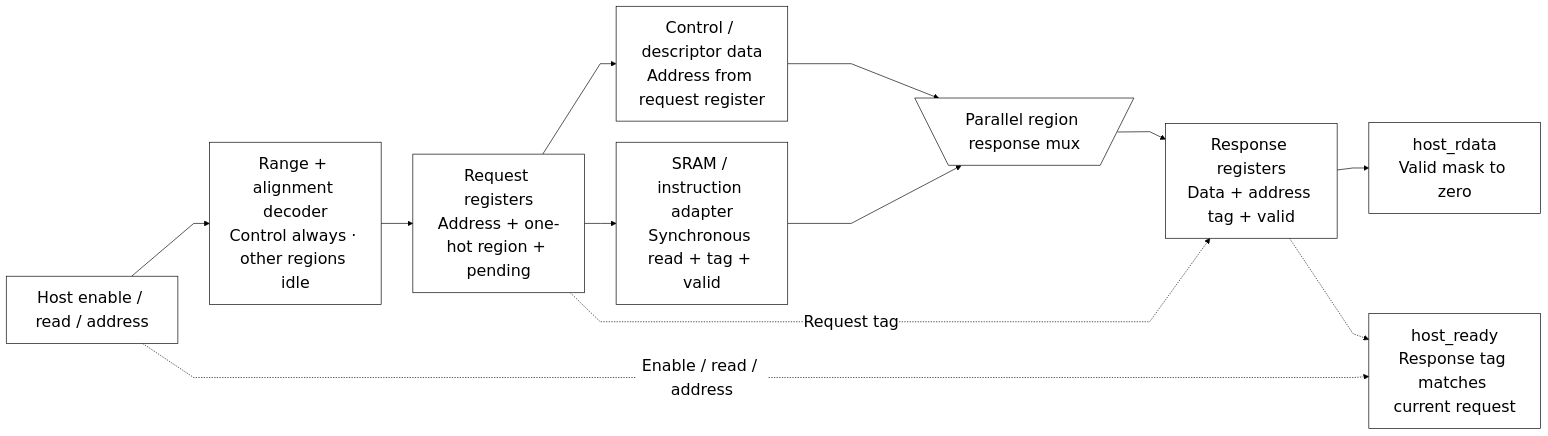
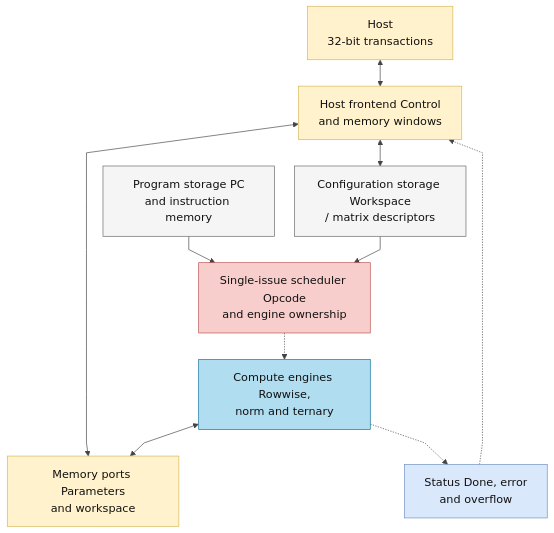
The first of 3 diagrams in docs/source_guide/blocks/matmulfree.sv.md (nguyennhutkhanhtom/NPU), drawn with Mermaid before and after one commit. The commit also changed other lines of this file and 60 other files, not shown here.

````diff
--- a/docs/source_guide/blocks/matmulfree.sv.md
+++ b/docs/source_guide/blocks/matmulfree.sv.md
@@ -111,26 +20,44 @@
 ```mermaid
-%%{init: {"theme":"base","fontFamily":"Arial, sans-serif","themeVariables":{"fontSize":"24px","primaryColor":"#ffffff","primaryTextColor":"#000000","primaryBorderColor":"#000000","secondaryColor":"#ffffff","tertiaryColor":"#ffffff","lineColor":"#000000","textColor":"#000000","mainBkg":"#ffffff","nodeBorder":"#000000","clusterBkg":"#ffffff","clusterBorder":"#000000","edgeLabelBackground":"#ffffff"},"flowchart":{"htmlLabels":true,"useMaxWidth":false,"nodeSpacing":32,"rankSpacing":48,"curve":"linear","subGraphTitleMargin":{"top":16,"bottom":30}}}}%%
-flowchart LR
-H["Host enable / read / address"]
-    D["Range + alignment decoder<br/>Control always · other regions idle"]
-    R["Request registers<br/>Address + one-hot region + pending"]
-    C["Control / descriptor data<br/>Address from request register"]
-    M["SRAM / instruction adapter<br/>Synchronous read + tag + valid"]
-    X@{ shape: trap-t, label: "Parallel region response mux" }
-    P["Response registers<br/>Data + address tag + valid"]
-    O["host_rdata<br/>Valid mask to zero"]
-    A["host_ready<br/>Response tag matches current request"]
-    H --> D
-    D --> R
-    R --> C
-    R --> M
-    C --> X
-    M --> X
-    X --> P
-    R -.->|"Request tag"| P
-    P --> O
-    P -.-> A
-    H -.->|"Enable / read / address"| A
-    classDef default fill:white,stroke:black,color:black,font-size:24px;
-    linkStyle default stroke:black,color:black;
+%%{init: {
+  "theme": "base",
+  "themeVariables": {
+    "background": "#ffffff",
+    "primaryTextColor": "#111111",
+    "secondaryTextColor": "#111111",
+    "tertiaryTextColor": "#111111",
+    "lineColor": "#444444",
+    "clusterBkg": "#ffffff",
+    "clusterBorder": "#aaaaaa",
+    "edgeLabelBackground": "#ffffff",
+    "fontSize": "17px"
+  },
+  "flowchart": {
+    "curve": "linear",
+    "nodeSpacing": 30,
+    "rankSpacing": 40,
+    "htmlLabels": true,
+    "useMaxWidth": true
+  }
+}}%%
+flowchart TB
+ H["Host<br/>32-bit transactions"] <--> F["Host frontend Control<br/>and memory windows"]
+ F <--> D["Configuration storage Workspace<br/>/ matrix descriptors"]
+ F <--> M["Memory ports Parameters<br/>and workspace"]
+ P["Program storage PC<br/>and instruction memory"] --> C["Single-issue scheduler Opcode<br/>and engine ownership"]
+ D --> C
+ C -.-> E["Compute engines Rowwise,<br/>norm and ternary"]
+ E <--> M
+ E -.-> S["Status Done, error<br/>and overflow"]
+ S -.-> F
+classDef control fill:#f8cecc,stroke:#b85450,color:#111111;
+classDef interface fill:#fff2cc,stroke:#d6b656,color:#111111;
+classDef buffer fill:#f5f5f5,stroke:#666666,color:#111111;
+classDef compute fill:#b1ddf0,stroke:#10739e,color:#111111;
+classDef output fill:#dae8fc,stroke:#6c8ebf,color:#111111;
+classDef platform fill:#e1d5e7,stroke:#9673a6,color:#111111;
+class H,F,M interface;
+class D,P buffer;
+class C control;
+class E compute;
+class S output;
 ```
````
